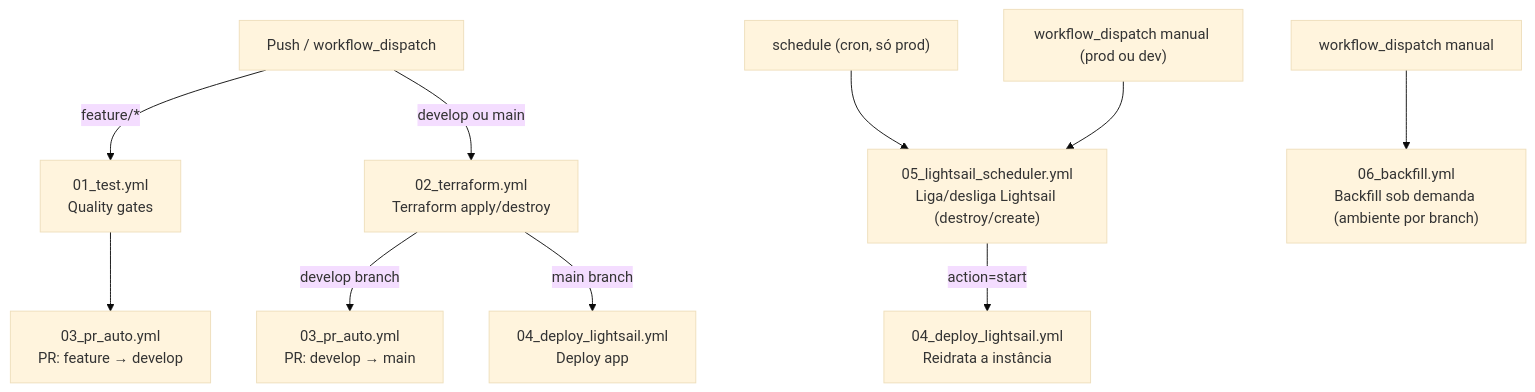
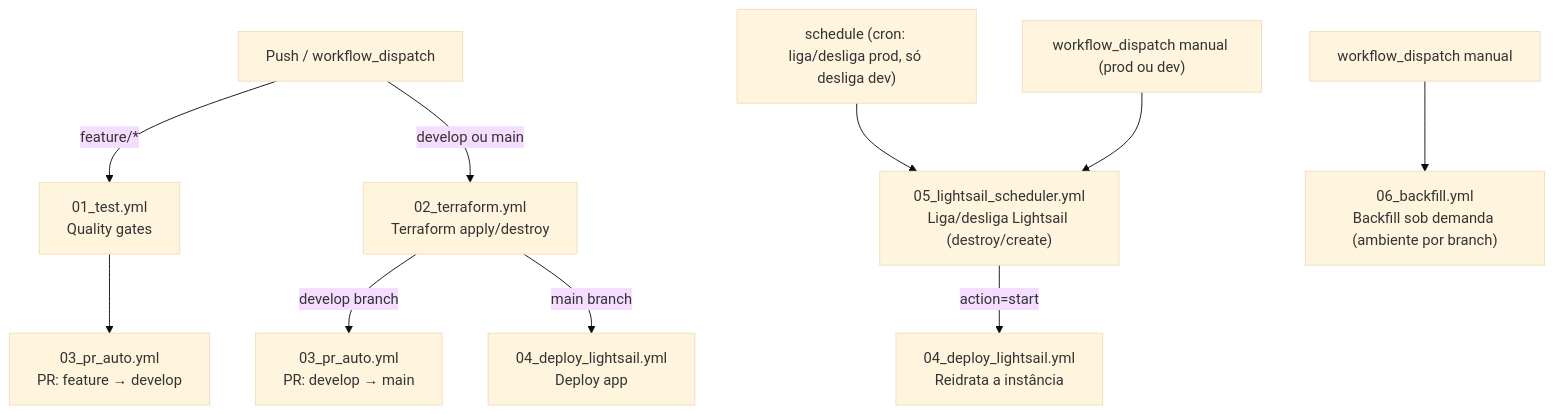
Before and after one commit to lucas-soares-galvao/movie-data-pipeline-aws: the diagram in .github/workflow.md, drawn with Mermaid (base theme). The commit also changed other lines of this file and 9 other files, not shown here.

````diff
--- a/.github/workflow.md
+++ b/.github/workflow.md
@@ -21,17 +21,17 @@
 ```mermaid
 flowchart TD
     PUSH["Push / workflow_dispatch"]
 
     PUSH -->|feature/*| TEST["01_test.yml\nQuality gates"]
     PUSH -->|develop ou main| TF["02_terraform.yml\nTerraform apply/destroy"]
 
     TEST --> PR_FEAT["03_pr_auto.yml\nPR: feature → develop"]
     TF -->|develop branch| PR_ENV["03_pr_auto.yml\nPR: develop → main"]
     TF -->|main branch| DEPLOY["04_deploy_lightsail.yml\nDeploy app"]
 
-    CRON["schedule (cron, só prod)"] --> SCHED["05_lightsail_scheduler.yml\nLiga/desliga Lightsail (destroy/create)"]
+    CRON["schedule (cron: liga/desliga prod, só desliga dev)"] --> SCHED["05_lightsail_scheduler.yml\nLiga/desliga Lightsail (destroy/create)"]
     MANUAL2["workflow_dispatch manual (prod ou dev)"] --> SCHED
     SCHED -->|action=start| DEPLOY2["04_deploy_lightsail.yml\nReidrata a instância"]
 
     MANUAL["workflow_dispatch manual"] --> BACKFILL["06_backfill.yml\nBackfill sob demanda (ambiente por branch)"]
 ```
````
